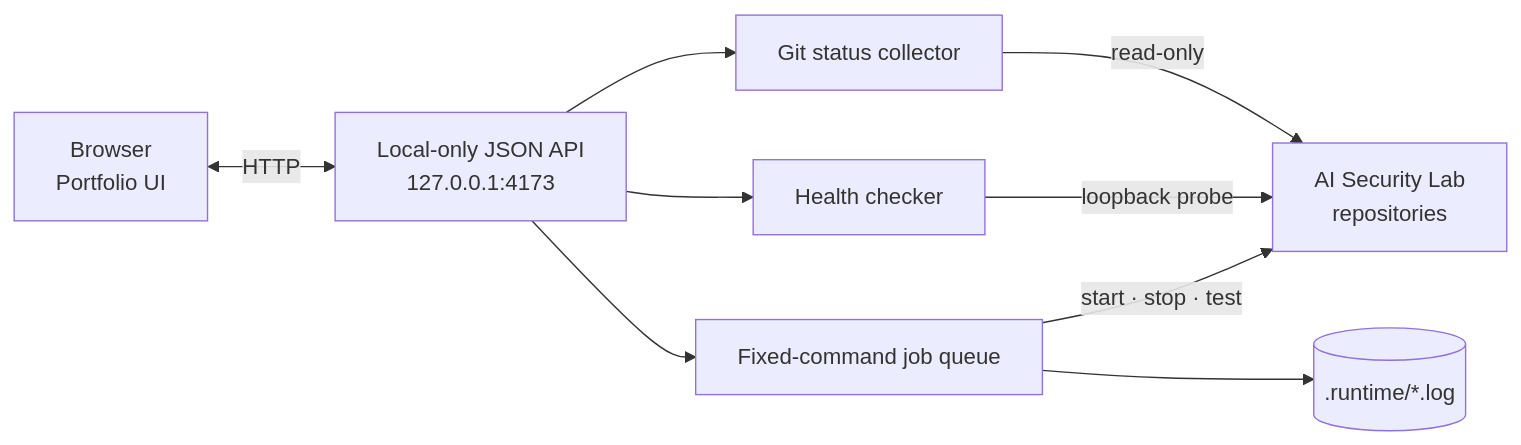
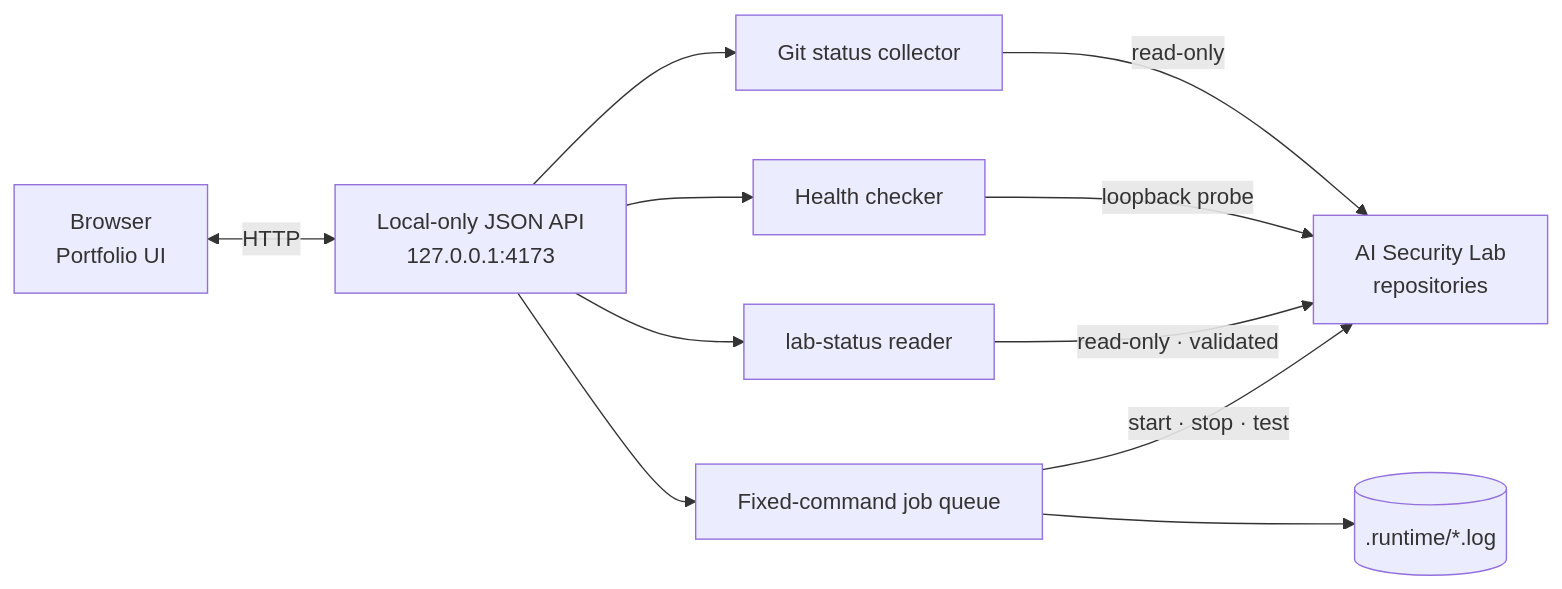
The second of 2 diagrams in README.md (MintKangaroo/AI-Security-Lab-Dashboard), drawn with Mermaid before and after one commit. The commit also changed other lines of this file and 5 other files, not shown here.

````diff
--- a/README.md
+++ b/README.md
@@ -208,19 +235,22 @@
 ```mermaid
 flowchart LR
     Browser["Browser<br/>Portfolio UI"]
     API["Local-only JSON API<br/>127.0.0.1:4173"]
     Git["Git status collector"]
     Health["Health checker"]
+    Status["lab-status reader"]
     Queue["Fixed-command job queue"]
     Logs[(".runtime/*.log")]
     Repos["AI Security Lab<br/>repositories"]
 
     Browser <-->|"HTTP"| API
     API --> Git
     API --> Health
+    API --> Status
     API --> Queue
     Git -->|"read-only"| Repos
     Health -->|"loopback probe"| Repos
+    Status -->|"read-only · validated"| Repos
     Queue -->|"start · stop · test"| Repos
     Queue --> Logs
 ```
````
